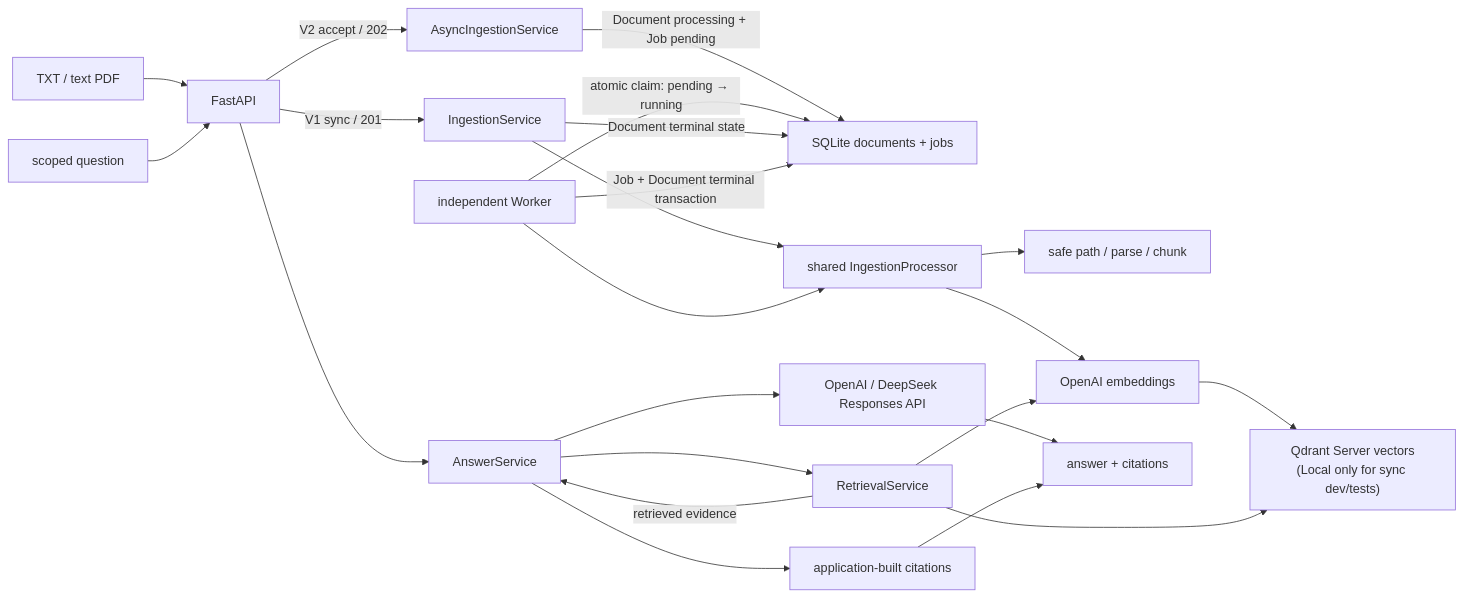
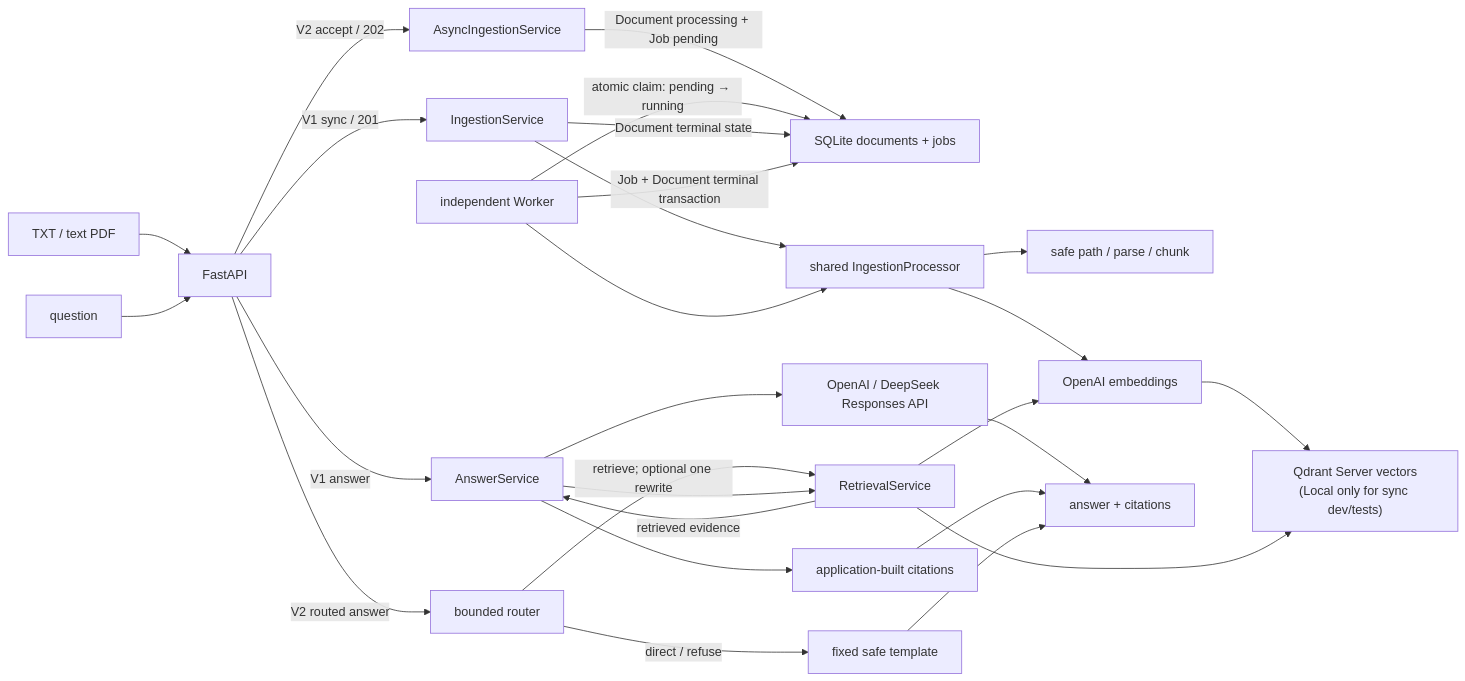
The diagram in README.md (Conchlikewater/enterprise-knowledge-assistant), drawn with Mermaid before and after one commit. The commit also changed other lines of this file and 5 other files, not shown here.

````diff
--- a/README.md
+++ b/README.md
@@ -40,26 +45,30 @@
 ```mermaid
 flowchart LR
     U["TXT / text PDF"] --> API["FastAPI"]
     API -->|"V1 sync / 201"| SYNC["IngestionService"]
     API -->|"V2 accept / 202"| ASYNC["AsyncIngestionService"]
     ASYNC -->|"Document processing + Job pending"| SQL["SQLite documents + jobs"]
     WORKER["independent Worker"] -->|"atomic claim: pending → running"| SQL
     SYNC --> CORE["shared IngestionProcessor"]
     WORKER --> CORE
     CORE --> DOC["safe path / parse / chunk"]
     CORE --> EMB["OpenAI embeddings"]
     EMB --> QD["Qdrant Server vectors<br/>(Local only for sync dev/tests)"]
     SYNC -->|"Document terminal state"| SQL
     WORKER -->|"Job + Document terminal transaction"| SQL
 
-    Q["scoped question"] --> API
-    API --> ANS["AnswerService"]
+    Q["question"] --> API
+    API -->|"V1 answer"| ANS["AnswerService"]
+    API -->|"V2 routed answer"| ROUTER["bounded router"]
+    ROUTER -->|"direct / refuse"| TEMPLATE["fixed safe template"]
+    ROUTER -->|"retrieve; optional one rewrite"| RET
     ANS --> RET["RetrievalService"]
     RET --> EMB
     RET --> QD
     RET -->|"retrieved evidence"| ANS
     ANS --> LLM["OpenAI / DeepSeek Responses API"]
     ANS --> CIT["application-built citations"]
     LLM --> OUT["answer + citations"]
     CIT --> OUT
+    TEMPLATE --> OUT
 ```
````
